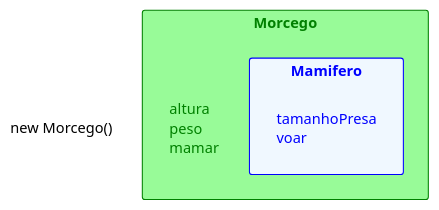
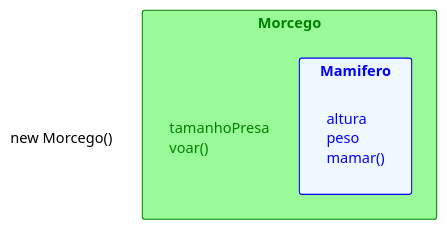
Before and after one commit to leandro-costa/vuepresspoo: the second of 9 diagrams in src/03_conceitos_OO/08_Heranca.md, drawn with PlantUML.

Commit message:
ajuste Criando um objeto a partir da subclasse

```diff
--- a/src/03_conceitos_OO/08_Heranca.md
+++ b/src/03_conceitos_OO/08_Heranca.md
@@ -93,12 +93,12 @@
 @startuml Criando um objeto a partir da subclasse
 
 label "new Morcego()"
 
 rectangle "Morcego" #palegreen;line:green;text:green{
-label "altura\npeso\nmamar" #palegreen;text:green
+label "tamanhoPresa\nvoar()" #palegreen;text:green   
 rectangle "Mamifero" #aliceblue;line:blue;text:blue{
-label "tamanhoPresa\nvoar" #aliceblue;text:blue   
+label "altura\npeso\nmamar()" #aliceblue;text:blue
 }
 } 
 
 @enduml
```
